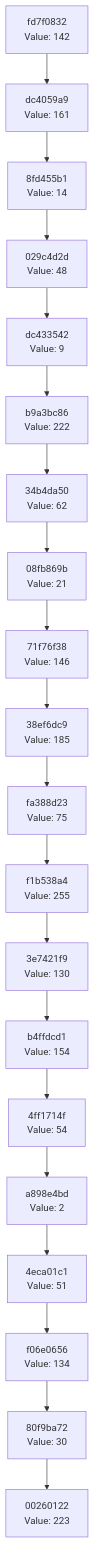
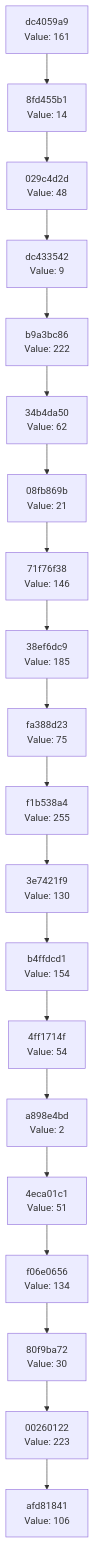
One commit to Abhisheksinha1506/hash-chain-evolver changed the diagram in docs/CHAIN_VISUALIZATION.md. Above: the diagram before and after it, drawn with Mermaid. The commit also changed 3 other files, not shown here.

````diff
--- a/docs/CHAIN_VISUALIZATION.md
+++ b/docs/CHAIN_VISUALIZATION.md
@@ -3,42 +3,42 @@
 ```mermaid
 graph TD
-    C0["00260122<br/>Value: 223"]
-    C1["80f9ba72<br/>Value: 30"]
+    C0["afd81841<br/>Value: 106"]
+    C1["00260122<br/>Value: 223"]
     C1 --> C0
-    C2["f06e0656<br/>Value: 134"]
+    C2["80f9ba72<br/>Value: 30"]
     C2 --> C1
-    C3["4eca01c1<br/>Value: 51"]
+    C3["f06e0656<br/>Value: 134"]
     C3 --> C2
-    C4["a898e4bd<br/>Value: 2"]
+    C4["4eca01c1<br/>Value: 51"]
     C4 --> C3
-    C5["4ff1714f<br/>Value: 54"]
+    C5["a898e4bd<br/>Value: 2"]
     C5 --> C4
-    C6["b4ffdcd1<br/>Value: 154"]
+    C6["4ff1714f<br/>Value: 54"]
     C6 --> C5
-    C7["3e7421f9<br/>Value: 130"]
+    C7["b4ffdcd1<br/>Value: 154"]
     C7 --> C6
-    C8["f1b538a4<br/>Value: 255"]
+    C8["3e7421f9<br/>Value: 130"]
     C8 --> C7
-    C9["fa388d23<br/>Value: 75"]
+    C9["f1b538a4<br/>Value: 255"]
     C9 --> C8
-    C10["38ef6dc9<br/>Value: 185"]
+    C10["fa388d23<br/>Value: 75"]
     C10 --> C9
-    C11["71f76f38<br/>Value: 146"]
+    C11["38ef6dc9<br/>Value: 185"]
     C11 --> C10
-    C12["08fb869b<br/>Value: 21"]
+    C12["71f76f38<br/>Value: 146"]
     C12 --> C11
-    C13["34b4da50<br/>Value: 62"]
+    C13["08fb869b<br/>Value: 21"]
     C13 --> C12
-    C14["b9a3bc86<br/>Value: 222"]
+    C14["34b4da50<br/>Value: 62"]
     C14 --> C13
-    C15["dc433542<br/>Value: 9"]
+    C15["b9a3bc86<br/>Value: 222"]
     C15 --> C14
-    C16["029c4d2d<br/>Value: 48"]
+    C16["dc433542<br/>Value: 9"]
     C16 --> C15
-    C17["8fd455b1<br/>Value: 14"]
+    C17["029c4d2d<br/>Value: 48"]
     C17 --> C16
-    C18["dc4059a9<br/>Value: 161"]
+    C18["8fd455b1<br/>Value: 14"]
     C18 --> C17
-    C19["fd7f0832<br/>Value: 142"]
+    C19["dc4059a9<br/>Value: 161"]
     C19 --> C18
 ```
````
